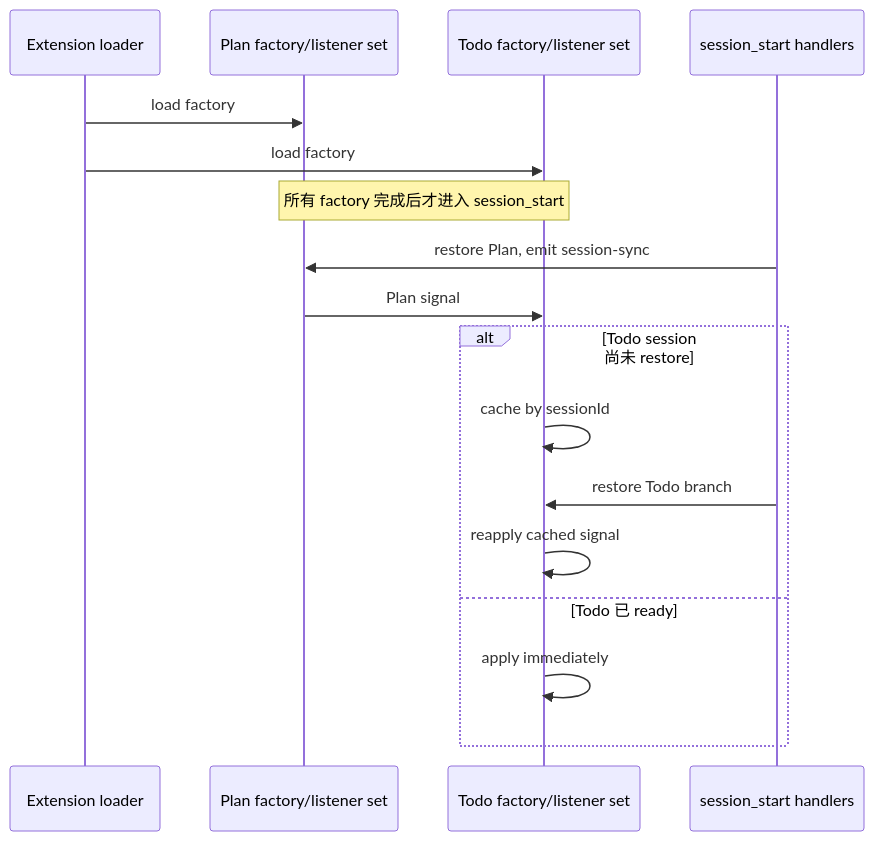
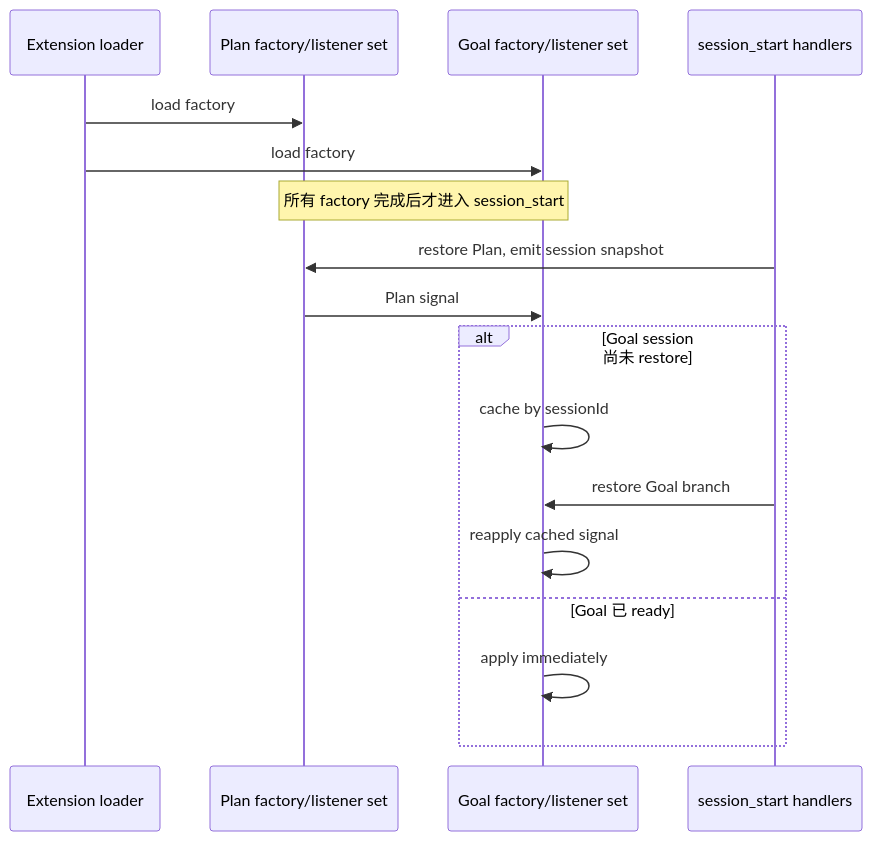
The sixth of 6 diagrams in docs/design/09-cross-extension-protocols.md (jaronic/pi-extensions), drawn with Mermaid before and after one commit. The commit also changed other lines of this file and 32 other files, not shown here.

Commit message:
feat(plan): compose Request and Todo services

````diff
--- a/docs/design/09-cross-extension-protocols.md
+++ b/docs/design/09-cross-extension-protocols.md
@@ -507,20 +460,20 @@
 ```mermaid
 sequenceDiagram
     participant L as Extension loader
     participant P as Plan factory/listener set
-    participant T as Todo factory/listener set
+    participant G as Goal factory/listener set
     participant S as session_start handlers
 
     L->>P: load factory
-    L->>T: load factory
-    Note over P,T: 所有 factory 完成后才进入 session_start
-    S->>P: restore Plan, emit session-sync
-    P->>T: Plan signal
-    alt Todo session 尚未 restore
-      T->>T: cache by sessionId
-      S->>T: restore Todo branch
-      T->>T: reapply cached signal
-    else Todo 已 ready
-      T->>T: apply immediately
+    L->>G: load factory
+    Note over P,G: 所有 factory 完成后才进入 session_start
+    S->>P: restore Plan, emit session snapshot
+    P->>G: Plan signal
+    alt Goal session 尚未 restore
+      G->>G: cache by sessionId
+      S->>G: restore Goal branch
+      G->>G: reapply cached signal
+    else Goal 已 ready
+      G->>G: apply immediately
     end
 ```
````
